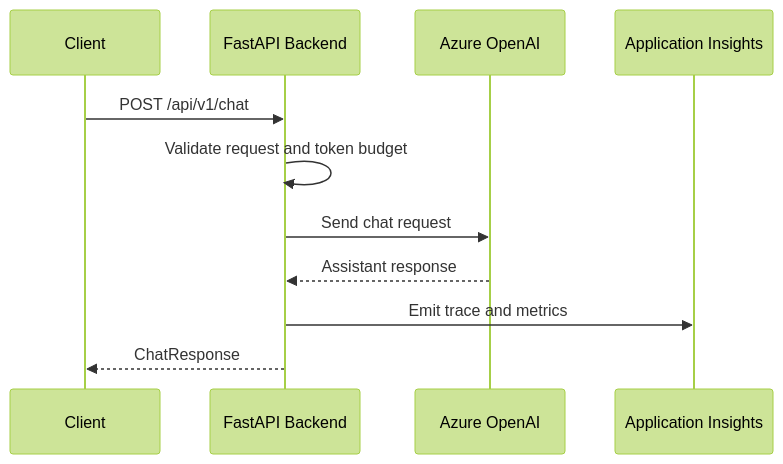
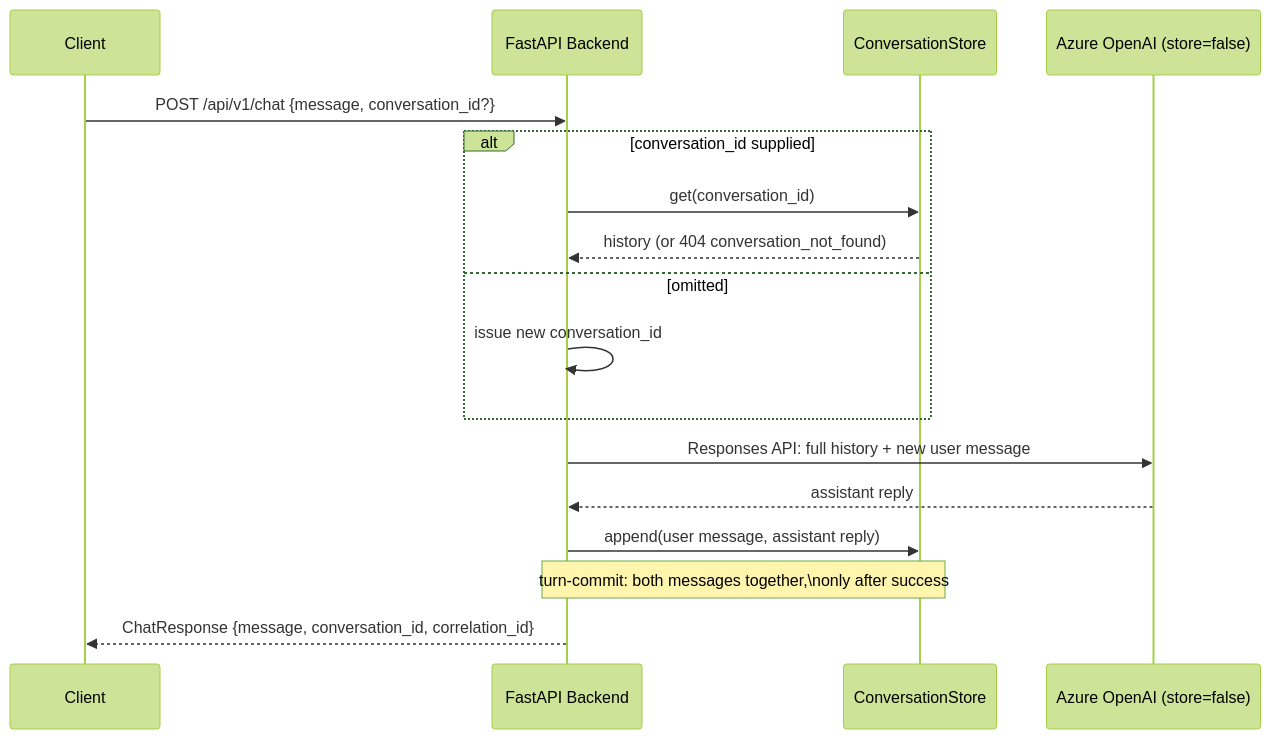
Before and after one commit to kehao-playground/azure-genai-backend-lab: the diagram in docs/diagrams/chat-sequence.md, drawn with Mermaid (forest theme). The commit also changed 25 other files, not shown here.

First line of the commit message:
feat: conversation state owned by the app behind ConversationStore (Day 7)

````diff
--- a/docs/diagrams/chat-sequence.md
+++ b/docs/diagrams/chat-sequence.md
@@ -3,14 +3,20 @@
 ```mermaid
 sequenceDiagram
     participant Client
     participant API as FastAPI Backend
-    participant LLM as Azure OpenAI
-    participant Logs as Application Insights
+    participant Store as ConversationStore
+    participant LLM as Azure OpenAI (store=false)
 
-    Client->>API: POST /api/v1/chat
-    API->>API: Validate request and token budget
-    API->>LLM: Send chat request
-    LLM-->>API: Assistant response
-    API->>Logs: Emit trace and metrics
-    API-->>Client: ChatResponse
+    Client->>API: POST /api/v1/chat {message, conversation_id?}
+    alt conversation_id supplied
+        API->>Store: get(conversation_id)
+        Store-->>API: history (or 404 conversation_not_found)
+    else omitted
+        API->>API: issue new conversation_id
+    end
+    API->>LLM: Responses API: full history + new user message
+    LLM-->>API: assistant reply
+    API->>Store: append(user message, assistant reply)
+    Note over API,Store: turn-commit: both messages together,\nonly after success
+    API-->>Client: ChatResponse {message, conversation_id, correlation_id}
 ```
````
